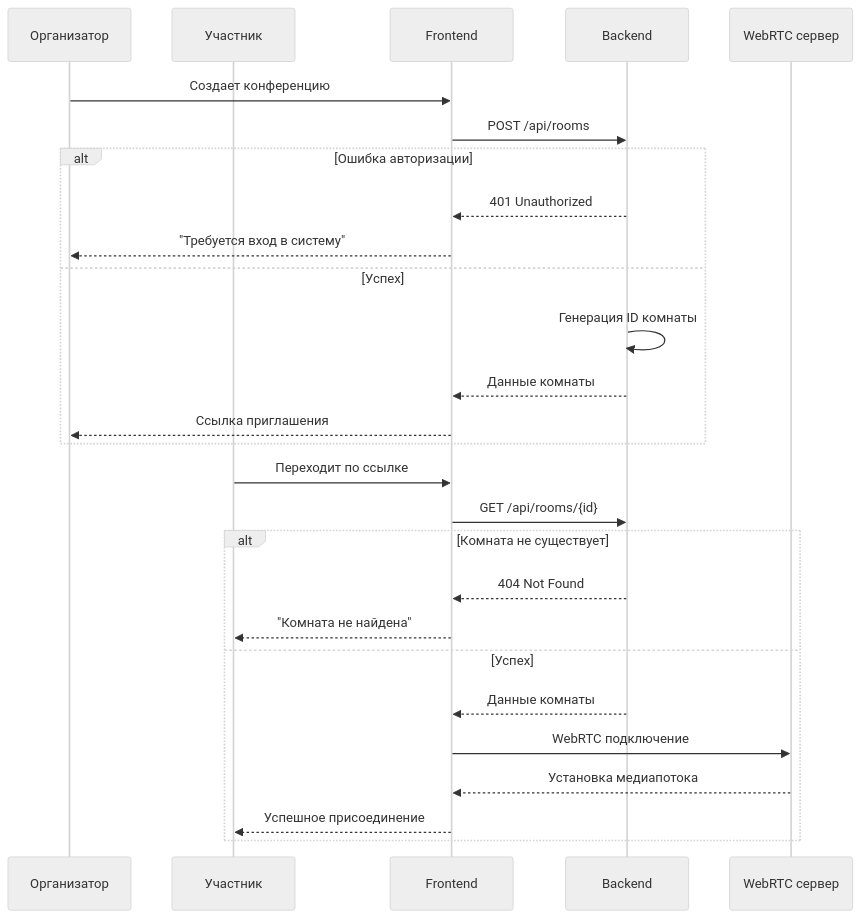
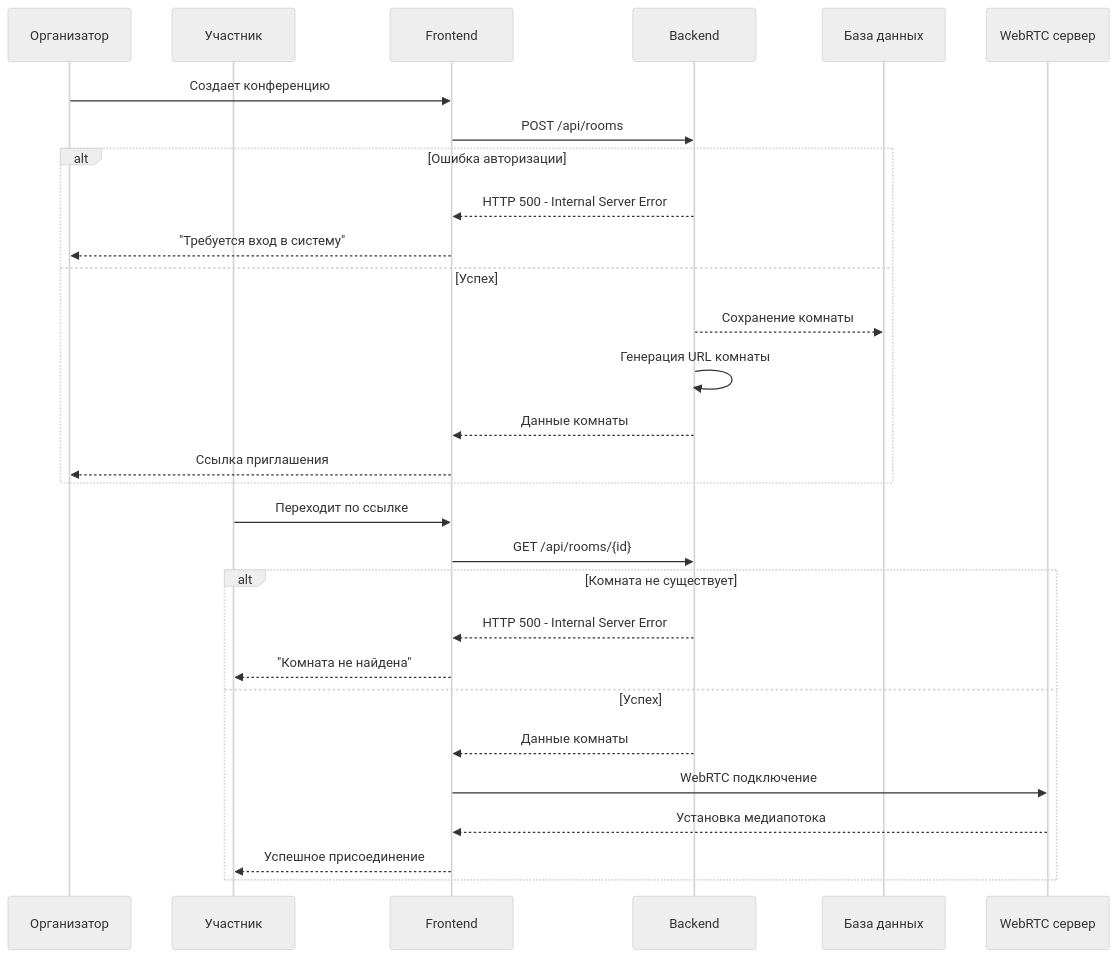
One commit to Code-Sculptors/insightroom-documentation changed the eighth of 12 diagrams in Системный анализ для проекта Insight Room.md. Above: the diagram before and after it, drawn with Mermaid (neutral theme). The commit also changed other lines of this file, not shown here.

Commit message:
#2 fix(системный анализ): some changes in sequense diagrams

````diff
--- a/Системный анализ для проекта Insight Room.md
+++ b/Системный анализ для проекта Insight Room.md
@@ -169,33 +169,36 @@
 ```mermaid
 sequenceDiagram
     participant O as Организатор
     participant P as Участник
     participant F as Frontend
     participant B as Backend
+    participant D as База данных
     participant W as WebRTC сервер
-    
+   
+
     %% Создание комнаты
     O->>F: Создает конференцию
     F->>B: POST /api/rooms
     alt Ошибка авторизации
-        B-->>F: 401 Unauthorized
+        B-->>F:HTTP 500 - Internal Server Error
         F-->>O: "Требуется вход в систему"
     else Успех
-	    B->>B: Генерация ID комнаты
+	    B-->>D: Сохранение комнаты
+	    B->>B: Генерация URL комнаты
         B-->>F: Данные комнаты
         F-->>O: Ссылка приглашения
     end
     
     %% Присоединение участника
     P->>F: Переходит по ссылке
     F->>B: GET /api/rooms/{id}
     alt Комната не существует
-        B-->>F: 404 Not Found
+        B-->>F: HTTP 500 - Internal Server Error
         F-->>P: "Комната не найдена"
     else Успех
         B-->>F: Данные комнаты
         F->>W: WebRTC подключение
         W-->>F: Установка медиапотока
         F-->>P: Успешное присоединение
     end
 ```
````
